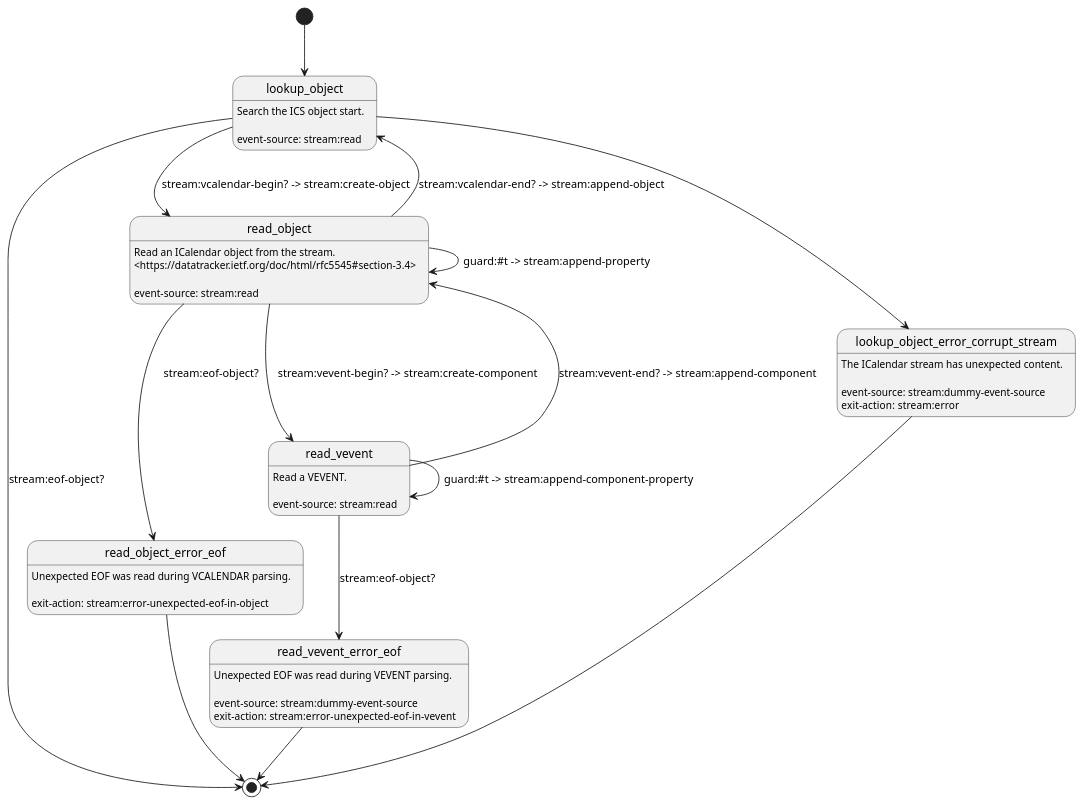
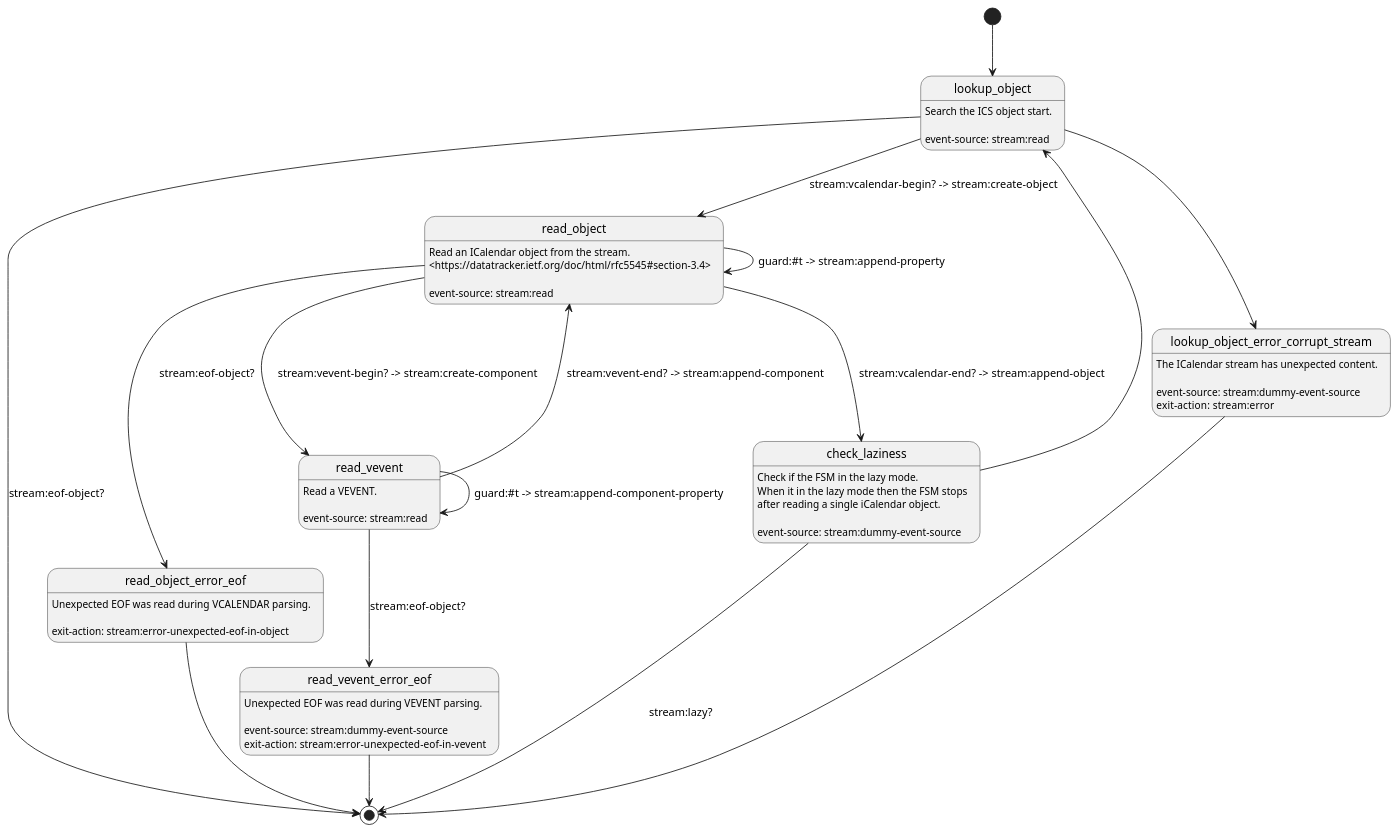
One commit to artyom-poptsov/guile-ics changed the diagram in modules/ics/fsm/stream-parser.puml. Above: the diagram before and after it, drawn with PlantUML. The commit also changed 1 other file, not shown here.

Commit message:
modules/ics/fsm/stream-parser: Implement "lazy" mode
* modules/ics/fsm/stream-parser.puml: Check if the FSM in the lazy mode; if it
  is, then stop after a single object is read.
  (check_laziness): New state.
* modules/ics/fsm/stream-context.scm (<stream-context>): Add "lazy?" slot.
  (stream-context-lazy?): New method.

```diff
--- a/modules/ics/fsm/stream-parser.puml
+++ b/modules/ics/fsm/stream-parser.puml
@@ -1,44 +1,52 @@
 @startuml
 [*] --> lookup_object
 
 lookup_object: Search the ICS object start.
 lookup_object:
 lookup_object: event-source: stream:read
 lookup_object --> [*]:         stream:eof-object?
 lookup_object --> read_object: stream:vcalendar-begin? -> stream:create-object
 lookup_object --> lookup_object_error_corrupt_stream
 
 lookup_object_error_corrupt_stream: The ICalendar stream has unexpected content.
 lookup_object_error_corrupt_stream:
 lookup_object_error_corrupt_stream: event-source: stream:dummy-event-source
 lookup_object_error_corrupt_stream: exit-action:  stream:error
 lookup_object_error_corrupt_stream --> [*]
 
 read_object: Read an ICalendar object from the stream.
 read_object: <https://datatracker.ietf.org/doc/html/rfc5545#section-3.4>
 read_object:
 read_object: event-source: stream:read
 read_object --> read_object_error_eof:  stream:eof-object?
-read_object --> lookup_object:          stream:vcalendar-end? -> stream:append-object
+read_object --> check_laziness:         stream:vcalendar-end? -> stream:append-object
 read_object --> read_vevent:            stream:vevent-begin? -> stream:create-component
 read_object --> read_object:            guard:#t -> stream:append-property
+
+check_laziness: Check if the FSM in the lazy mode.
+check_laziness: When it in the lazy mode then the FSM stops
+check_laziness: after reading a single iCalendar object.
+check_laziness:
+check_laziness: event-source: stream:dummy-event-source
+check_laziness --> [*]: stream:lazy?
+check_laziness --> lookup_object
 
 read_object_error_eof: Unexpected EOF was read during VCALENDAR parsing.
 read_object_error_eof:
 read_object_error_eof: exit-action: stream:error-unexpected-eof-in-object
 read_object_error_eof -> [*]
 
 read_vevent: Read a VEVENT.
 read_vevent:
 read_vevent: event-source: stream:read
 read_vevent --> read_vevent_error_eof:  stream:eof-object?
 read_vevent --> read_object:            stream:vevent-end? -> stream:append-component
 read_vevent --> read_vevent:            guard:#t -> stream:append-component-property
 
 read_vevent_error_eof: Unexpected EOF was read during VEVENT parsing.
 read_vevent_error_eof:
 read_vevent_error_eof: event-source: stream:dummy-event-source
 read_vevent_error_eof: exit-action:  stream:error-unexpected-eof-in-vevent
 read_vevent_error_eof --> [*]
 
 @enduml
```
